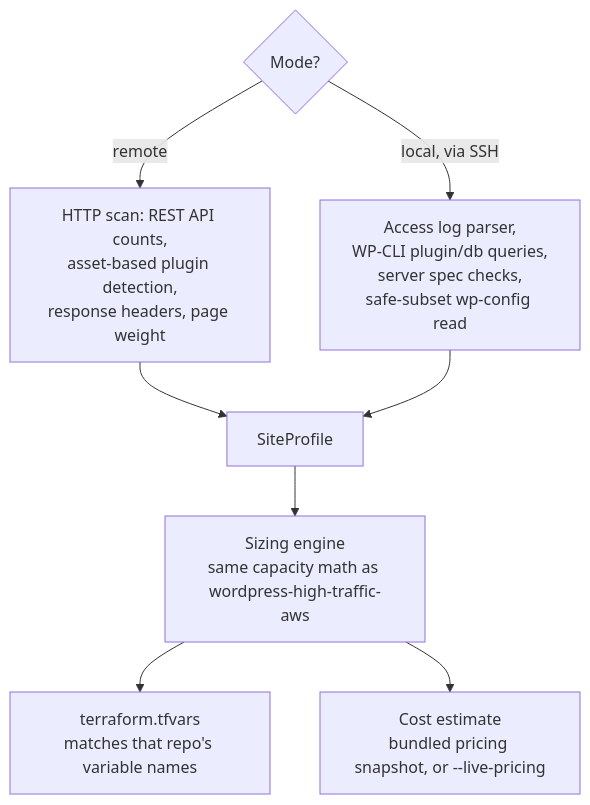
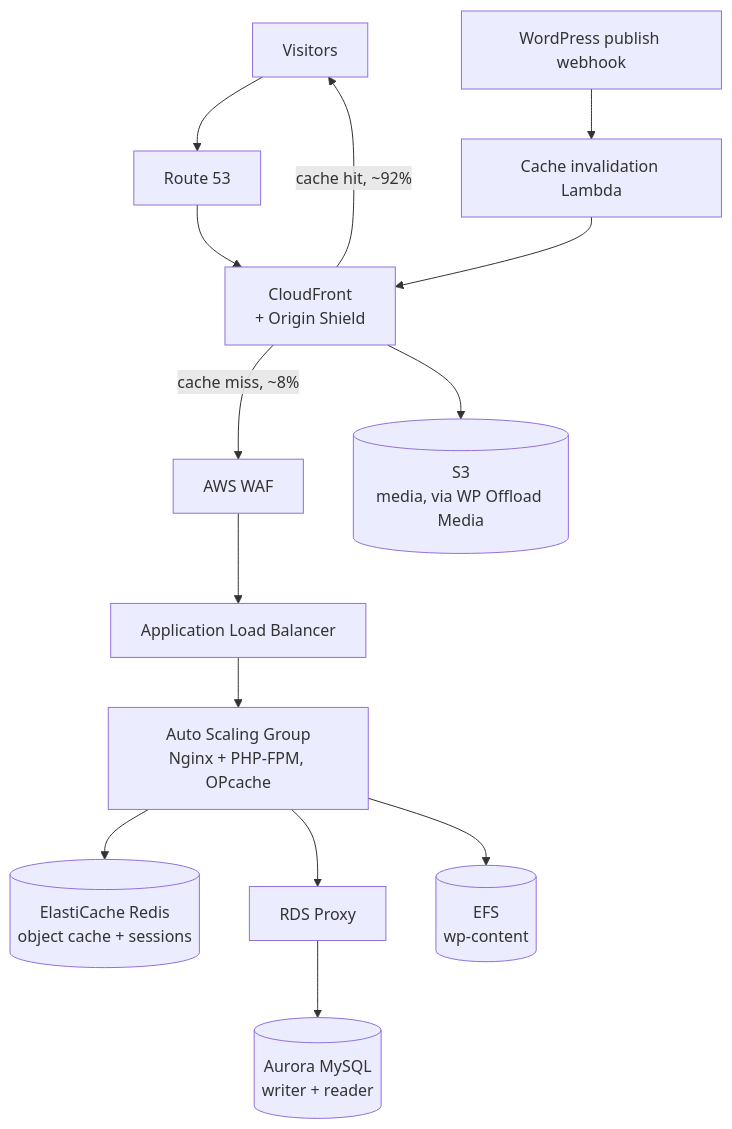
Before and after one commit to sauharddobhal/wp2aws: the diagram in README.md, drawn with Mermaid. The commit also changed other lines of this file and 44 other files, not shown here.

````diff
--- a/README.md
+++ b/README.md
@@ -57,10 +67,17 @@
 ```mermaid
 flowchart TD
-    A{Mode?} -->|remote| B[HTTP scan: REST API counts,<br/>asset-based plugin detection,<br/>response headers, page weight]
-    A -->|local, via SSH| C[Access log parser,<br/>WP-CLI plugin/db queries,<br/>server spec checks,<br/>safe-subset wp-config read]
-    B --> D[SiteProfile]
-    C --> D[SiteProfile]
-    D --> E[Sizing engine<br/>same capacity math as wordpress-high-traffic-aws]
-    E --> F[terraform.tfvars<br/>matches that repo's variable names]
-    E --> G[Cost estimate<br/>bundled pricing snapshot, or --live-pricing]
+    U[Visitors] --> R53[Route 53]
+    R53 --> CF[CloudFront<br/>+ Origin Shield]
+    CF -->|cache hit, ~92%| U
+    CF -->|cache miss, ~8%| WAF[AWS WAF]
+    WAF --> ALB[Application Load Balancer]
+    ALB --> ASG[Auto Scaling Group<br/>Nginx + PHP-FPM, OPcache]
+    ASG --> Redis[(ElastiCache Redis<br/>object cache + sessions)]
+    ASG --> Proxy[RDS Proxy]
+    Proxy --> Aurora[(Aurora MySQL<br/>writer + reader)]
+    ASG --> EFS[(EFS<br/>wp-content)]
+    CF --> S3[(S3<br/>media, via WP Offload Media)]
+
+    Publish[WordPress publish webhook] --> Lambda[Cache invalidation Lambda]
+    Lambda --> CF
 ```
````
